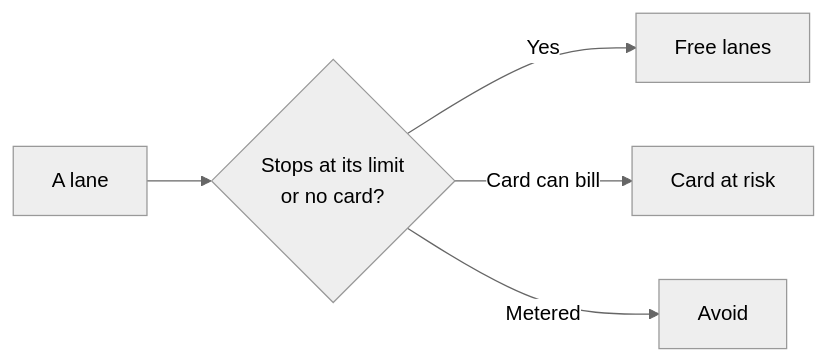
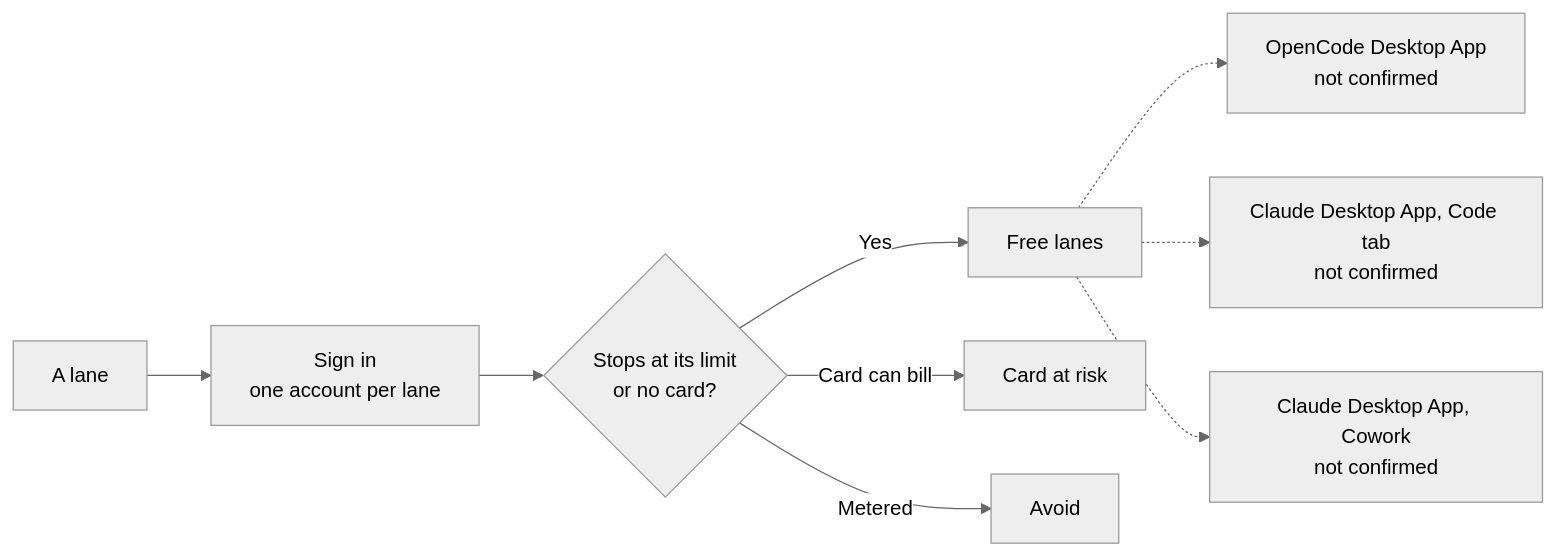
The diagram in guides/training.md (SoulCraft-Org/compute-crafter), drawn with Mermaid (neutral theme) before and after one commit. The commit also changed other lines of this file and 10 other files, not shown here.

First line of the commit message:
Guides batch 5: Meshy, Claude Desktop MCP, Logins, Training (#198)

````diff
--- a/guides/training.md
+++ b/guides/training.md
@@ -7,7 +5,10 @@
 ```mermaid
 flowchart LR
-  L[A lane] --> Q{Stops at its limit<br/>or no card?}
+  L[A lane] --> S[Sign in<br/>one account per lane] --> Q{Stops at its limit<br/>or no card?}
   Q -->|Yes| F[Free lanes]
   Q -->|Card can bill| R[Card at risk]
   Q -->|Metered| A[Avoid]
+  F -.-> O[OpenCode Desktop App<br/>not confirmed]
+  F -.-> C[Claude Desktop App, Code tab<br/>not confirmed]
+  F -.-> W[Claude Desktop App, Cowork<br/>not confirmed]
 ```
````
